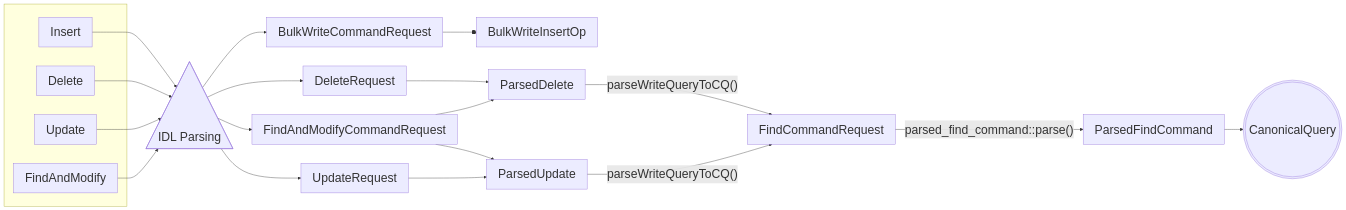
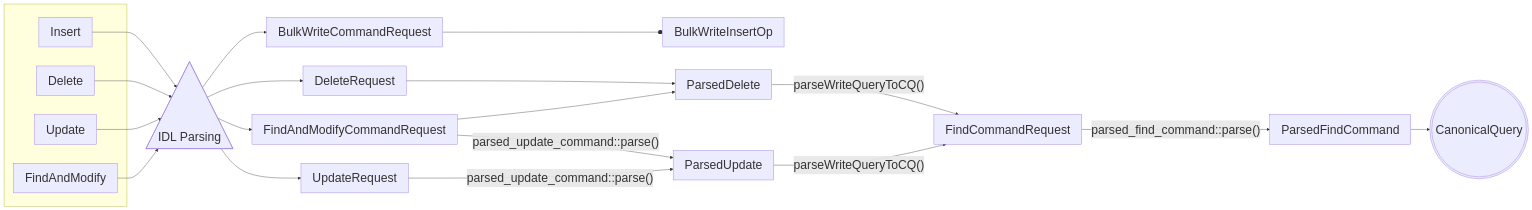
One commit to codacy-open-source-projects-scans/mongodb changed the third of 3 diagrams in src/mongo/db/commands/query_cmd/README.md. Above: the diagram before and after it, drawn with Mermaid. The commit also changed other lines of this file and 2955 other files, not shown here.

````diff
--- a/src/mongo/db/commands/query_cmd/README.md
+++ b/src/mongo/db/commands/query_cmd/README.md
@@ -221,30 +223,30 @@
 ```mermaid
 ---
 config:
   themeVariables:
     fontSize: 32px
 ---
 flowchart LR
  subgraph s3[" "]
         n6["Insert"]
         n7["Delete"]
         n8["Update"]
         n9["FindAndModify"]
   end
     n11["FindCommandRequest"] -- "parsed_find_command::parse()" --> n13["ParsedFindCommand"]
     n13 --> n17["CanonicalQuery"]
     n6 --> n31["IDL Parsing"]
     n7 --> n31
     n8 --> n31
     n9 --> n31
     n31 --> n32["BulkWriteCommandRequest"] & n34["DeleteRequest"] & n35["UpdateRequest"] & n39["FindAndModifyCommandRequest"]
     n32 --o n33["BulkWriteInsertOp"]
     n34 --> n36["ParsedDelete"]
-    n39 --> n37["ParsedUpdate"] & n36
-    n35 --> n37
+    n39 & n35 -- "parsed_update_command::parse()" --> n37["ParsedUpdate"]
+    n39 --> n36
     n36 -- "parseWriteQueryToCQ()" --> n11
     n37 -- "parseWriteQueryToCQ()" --> n11
 
     n17@{ shape: dbl-circ}
     n31@{ shape: extract}
 ```
````
